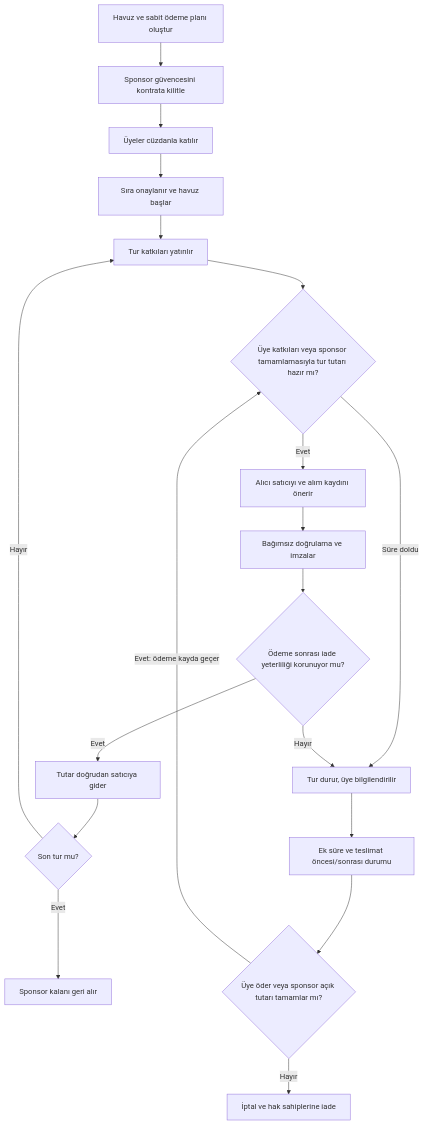
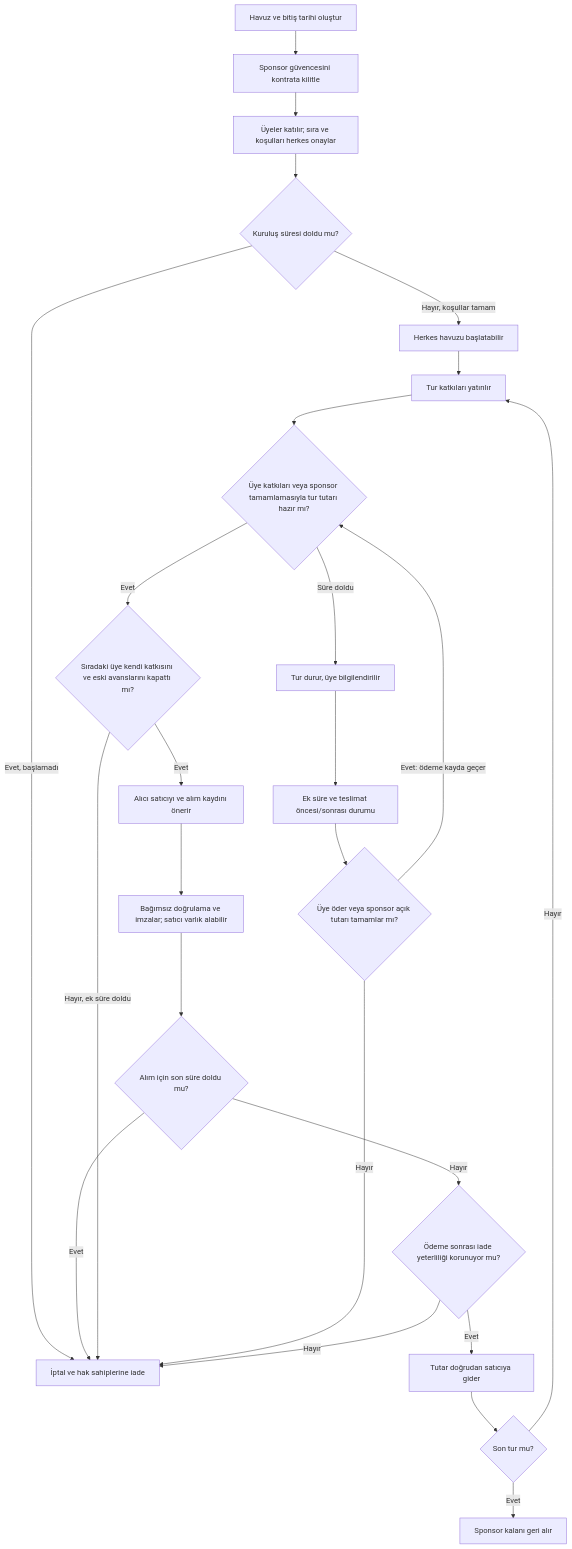
Before and after one commit to yusufarslan44/Stellerpool: the diagram in docs/plan.md, drawn with Mermaid. The commit also changed other lines of this file and 1 other file, not shown here.

```diff
--- a/docs/plan.md
+++ b/docs/plan.md
@@ -50,21 +52,27 @@
 ~~~mermaid
 flowchart TD
-  A[Havuz ve sabit ödeme planı oluştur] --> B[Sponsor güvencesini kontrata kilitle]
-  B --> C[Üyeler cüzdanla katılır]
-  C --> D[Sıra onaylanır ve havuz başlar]
-  D --> E[Tur katkıları yatırılır]
+  A[Havuz ve bitiş tarihi oluştur] --> B[Sponsor güvencesini kontrata kilitle]
+  B --> C[Üyeler katılır; sıra ve koşulları herkes onaylar]
+  C --> D{Kuruluş süresi doldu mu?}
+  D -->|Evet, başlamadı| O[İptal ve hak sahiplerine iade]
+  D -->|Hayır, koşullar tamam| S[Herkes havuzu başlatabilir]
+  S --> E[Tur katkıları yatırılır]
   E --> F{Üye katkıları veya sponsor tamamlamasıyla tur tutarı hazır mı?}
-  F -->|Evet| G[Alıcı satıcıyı ve alım kaydını önerir]
-  G --> H[Bağımsız doğrulama ve imzalar]
-  H --> I{Ödeme sonrası iade yeterliliği korunuyor mu?}
+  F -->|Evet| R{Sıradaki üye kendi katkısını ve eski avanslarını kapattı mı?}
+  R -->|Evet| G[Alıcı satıcıyı ve alım kaydını önerir]
+  G --> H[Bağımsız doğrulama ve imzalar; satıcı varlık alabilir]
+  H --> T{Alım için son süre doldu mu?}
+  T -->|Evet| O
+  T -->|Hayır| I{Ödeme sonrası iade yeterliliği korunuyor mu?}
   I -->|Evet| J[Tutar doğrudan satıcıya gider]
   J --> K{Son tur mu?}
   K -->|Hayır| E
   K -->|Evet| L[Sponsor kalanı geri alır]
   F -->|Süre doldu| M[Tur durur, üye bilgilendirilir]
+  R -->|Hayır, ek süre doldu| O
   M --> P[Ek süre ve teslimat öncesi/sonrası durumu]
   P --> N{Üye öder veya sponsor açık tutarı tamamlar mı?}
   N -->|Evet: ödeme kayda geçer| F
-  N -->|Hayır| O[İptal ve hak sahiplerine iade]
-  I -->|Hayır| M
+  N -->|Hayır| O
+  I -->|Hayır| O
 ~~~
```
